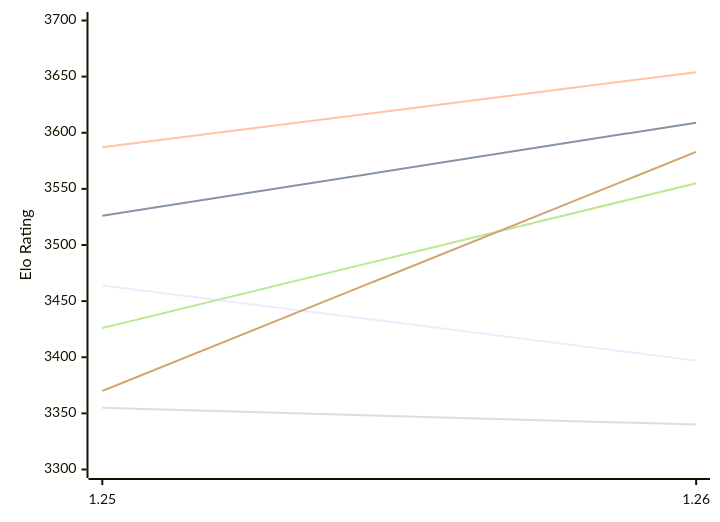
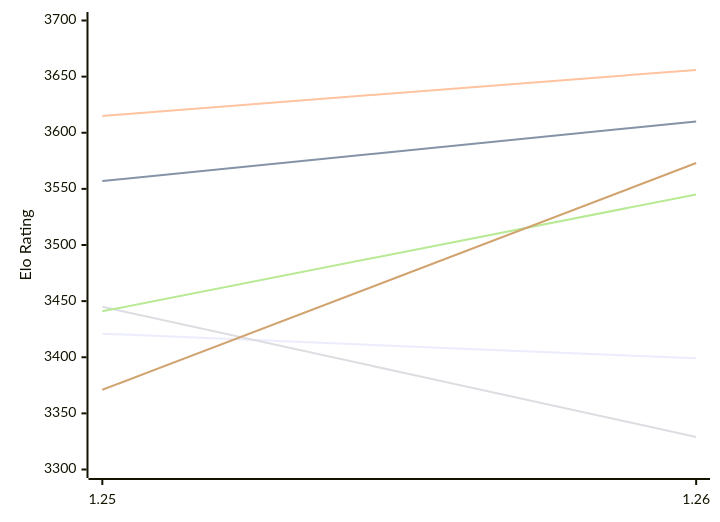
One commit to computer-chess-index/cci changed the first of 2 diagrams in engines/Caissa.md. Above: the diagram before and after it, drawn with Mermaid. The commit also changed other lines of this file, not shown here.

Commit message:
Update CCI Ratings (ELO VLTC) - 2026-11-15

````diff
--- a/engines/Caissa.md
+++ b/engines/Caissa.md
@@ -56,12 +56,12 @@
 ```mermaid
 %%{init: {"theme":"base","themeVariables":{"seriesColors:['#a3a3a3','#222221','#faa371']}}}%%
 xychart-beta
   x-axis ["1.25", "1.26"]
   y-axis "Elo Rating" 3300 --> 3700
-  line "E1: STC (8.0+0.08s)" [3464, 3397]
-  line "E1: LTC (60.0+0.60s)" [3526, 3609]
-  line "E1: VLTC (2m24s+1.12s)" [3587, 3654]
-  line "P1: STC (8.0+0.08s)" [3355, 3340]
-  line "P1: LTC (60.0+0.60s)" [3426, 3555]
-  line "P1: VLTC (2m24s+1.12s)" [3370, 3583]
+  line "E1: STC (8.0+0.08s)" [3421, 3399]
+  line "E1: LTC (60.0+0.60s)" [3557, 3610]
+  line "E1: VLTC (2m24s+1.12s)" [3615, 3656]
+  line "P1: STC (8.0+0.08s)" [3445, 3329]
+  line "P1: LTC (60.0+0.60s)" [3441, 3545]
+  line "P1: VLTC (2m24s+1.12s)" [3371, 3573]
 ```
````
